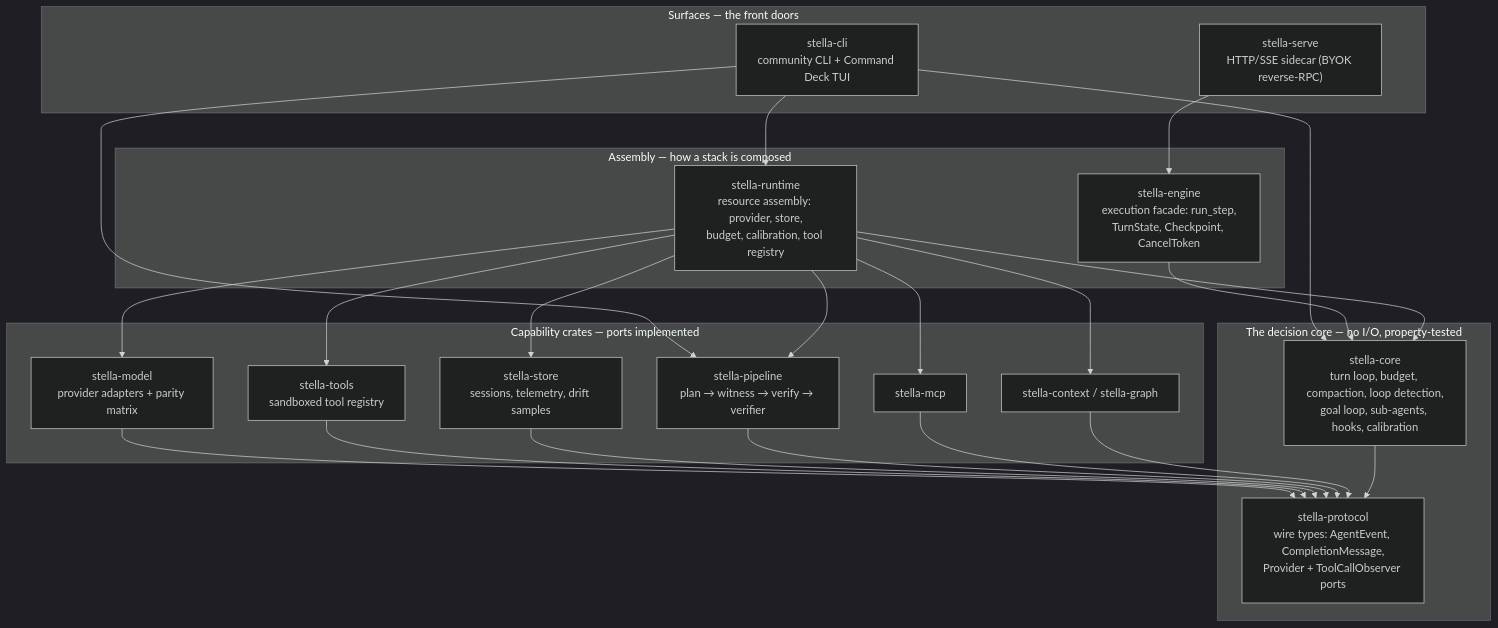
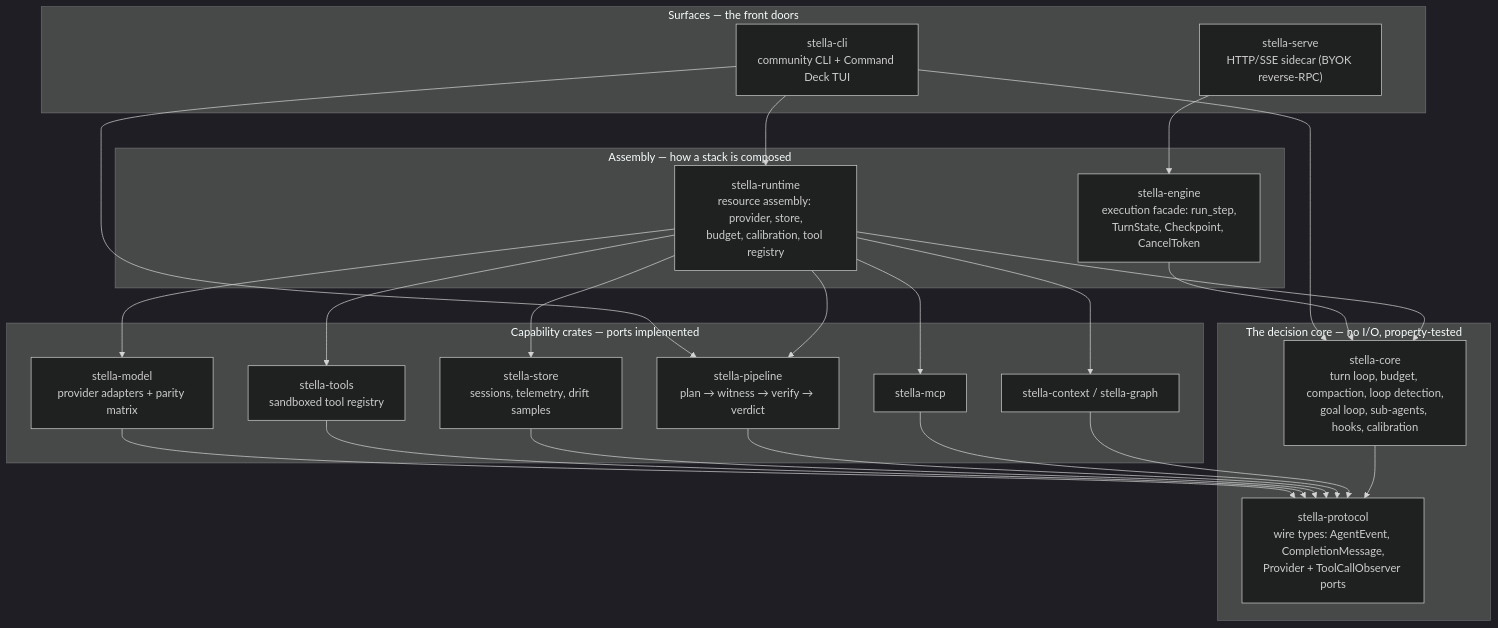
Before and after one commit to macanderson/stella: the first of 3 diagrams in docs/design/engine-embedding.md, drawn with Mermaid (dark theme). The commit also changed other lines of this file and 45 other files, not shown here.

First line of the commit message:
refactor: name the model-opinion stage Verdict, not Verifier

````diff
--- a/docs/design/engine-embedding.md
+++ b/docs/design/engine-embedding.md
@@ -43,36 +43,36 @@
 ```mermaid
 flowchart TB
     subgraph surfaces["Surfaces — the front doors"]
         CLI["stella-cli<br/>community CLI + Command Deck TUI"]
         SERVE["stella-serve<br/>HTTP/SSE sidecar (BYOK reverse-RPC)"]
     end
 
     subgraph assembly["Assembly — how a stack is composed"]
         RUNTIME["stella-runtime<br/>resource assembly: provider, store,<br/>budget, calibration, tool registry"]
         ENGINE["stella-engine<br/>execution facade: run_step,<br/>TurnState, Checkpoint, CancelToken"]
     end
 
     subgraph capability["Capability crates — ports implemented"]
         MODEL["stella-model<br/>provider adapters + parity matrix"]
         TOOLS["stella-tools<br/>sandboxed tool registry"]
         STORE["stella-store<br/>sessions, telemetry, drift samples"]
-        PIPE["stella-pipeline<br/>plan → witness → verify → verifier"]
+        PIPE["stella-pipeline<br/>plan → witness → verify → verdict"]
         MCP["stella-mcp"]
         CTX["stella-context / stella-graph"]
     end
 
     subgraph core["The decision core — no I/O, property-tested"]
         CORE["stella-core<br/>turn loop, budget, compaction, loop detection,<br/>goal loop, sub-agents, hooks, calibration"]
         PROTO["stella-protocol<br/>wire types: AgentEvent, CompletionMessage,<br/>Provider + ToolCallObserver ports"]
     end
 
     CLI --> RUNTIME
     CLI --> PIPE
     CLI --> CORE
     SERVE --> ENGINE
     RUNTIME --> MODEL & TOOLS & STORE & MCP & CTX & PIPE
     ENGINE --> CORE
     RUNTIME --> CORE
     MODEL & TOOLS & STORE & PIPE & MCP & CTX --> PROTO
     CORE --> PROTO
 ```
````
